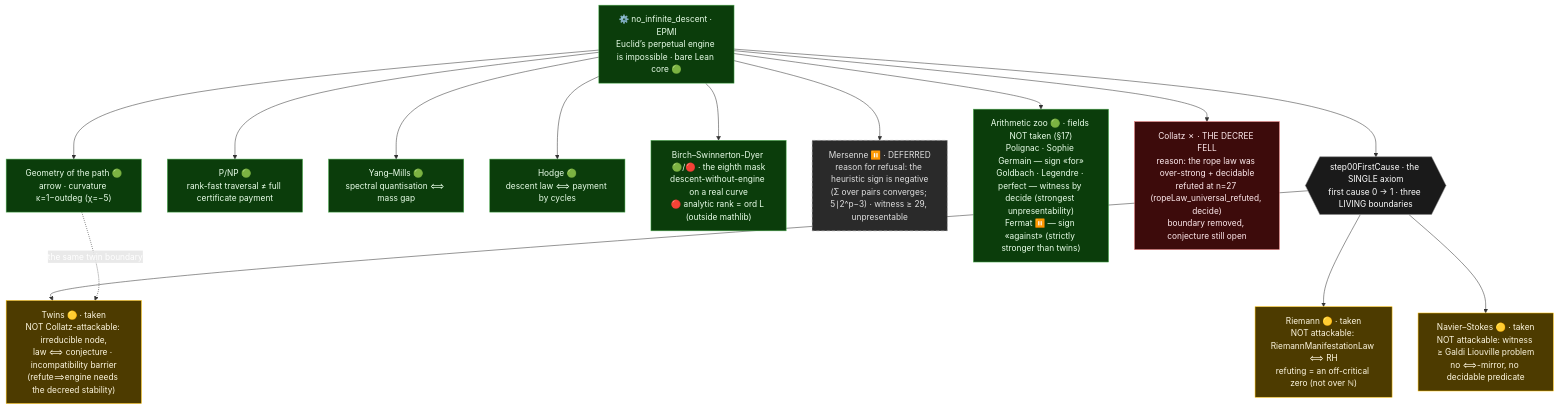
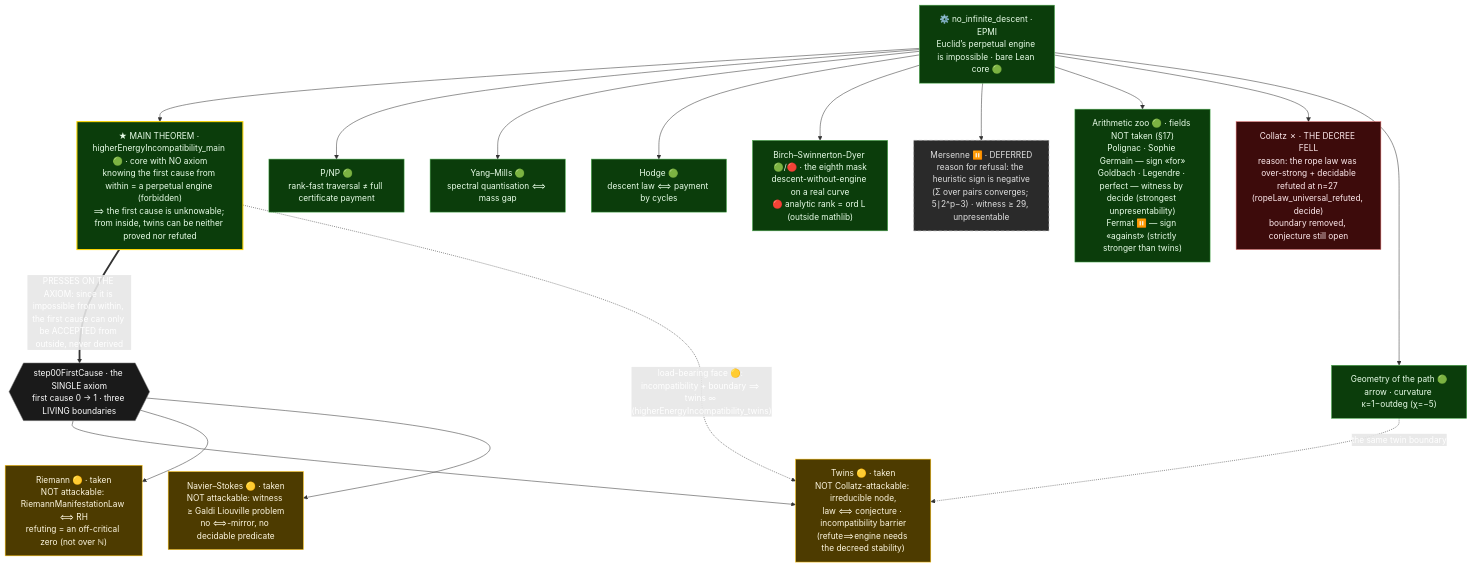
One commit to elamaunt/Euclids-path changed the diagram in README.md. Above: the diagram before and after it, drawn with Mermaid. The commit also changed 1 other file, not shown here.

Commit message:
Graph: add the main theorem (higherEnergyIncompatibility_main) as the apex and show how it presses on the axiom — unknowable from within ⟹ accept, don't derive; plus the load-bearing edge to twins

````diff
--- a/README.md
+++ b/README.md
@@ -79,34 +79,38 @@
 ```mermaid
 flowchart TD
     ROOT["⚙️ no_infinite_descent · EPMI<br/>Euclid’s perpetual engine is impossible · bare Lean core 🟢"]
 
-    ROOT --> FC{{"step00FirstCause · the SINGLE axiom<br/>first cause 0 → 1 · three LIVING boundaries"}}
+    ROOT --> MT["★ MAIN THEOREM · higherEnergyIncompatibility_main 🟢 · core with NO axiom<br/>knowing the first cause from within = a perpetual engine (forbidden)<br/>⟹ the first cause is unknowable; from inside, twins can be neither proved nor refuted"]
+    MT ==>|"PRESSES ON THE AXIOM: since it is impossible from within, the first cause can only be ACCEPTED from outside, never derived"| FC{{"step00FirstCause · the SINGLE axiom<br/>first cause 0 → 1 · three LIVING boundaries"}}
 
     FC --> TP["Twins 🟡 · taken<br/>NOT Collatz-attackable: irreducible node,<br/>law ⟺ conjecture · incompatibility barrier<br/>(refute⟹engine needs the decreed stability)"]
     FC --> RH["Riemann 🟡 · taken<br/>NOT attackable: RiemannManifestationLaw ⟺ RH<br/>refuting = an off-critical zero (not over ℕ)"]
     FC --> NS["Navier–Stokes 🟡 · taken<br/>NOT attackable: witness ≥ Galdi Liouville problem<br/>no ⟺-mirror, no decidable predicate"]
+    MT -.->|"load-bearing face 🟡: incompatibility + boundary ⟹ twins ∞ (higherEnergyIncompatibility_twins)"| TP
 
     ROOT --> PNP["P/NP 🟢<br/>rank-fast traversal ≠ full certificate payment"]
     ROOT --> YM["Yang–Mills 🟢<br/>spectral quantisation ⟺ mass gap"]
     ROOT --> HC["Hodge 🟢<br/>descent law ⟺ payment by cycles"]
     ROOT --> BSD["Birch–Swinnerton-Dyer 🟢/🔴 · the eighth mask<br/>descent-without-engine on a real curve<br/>🔴 analytic rank = ord L (outside mathlib)"]
 
     ROOT --> MP["Mersenne ⏸️ · DEFERRED<br/>reason for refusal: the heuristic sign is negative<br/>(Σ over pairs converges; 5∣2^p−3) · witness ≥ 29, unpresentable"]
     ROOT --> ZOO["Arithmetic zoo 🟢 · fields NOT taken (§17)<br/>Polignac · Sophie Germain — sign «for»<br/>Goldbach · Legendre · perfect — witness by decide (strongest unpresentability)<br/>Fermat ⏸️ — sign «against» (strictly stronger than twins)"]
 
     ROOT --> CL["Collatz ✗ · THE DECREE FELL<br/>reason: the rope law was over-strong + decidable<br/>refuted at n=27 (ropeLaw_universal_refuted, decide)<br/>boundary removed, conjecture still open"]
 
     ROOT --> GEO["Geometry of the path 🟢<br/>arrow · curvature κ=1−outdeg (χ=−5)"]
     GEO -. the same twin boundary .-> TP
 
     classDef green fill:#0b3d0b,stroke:#4caf50,color:#eaffea;
+    classDef apex fill:#0b3d0b,stroke:#ffd700,stroke-width:2px,color:#eaffea;
     classDef yellow fill:#4d3b00,stroke:#ffc107,color:#fff8e1;
     classDef deferred fill:#2a2a2a,stroke:#9e9e9e,color:#e0e0e0,stroke-dasharray: 6 4;
     classDef fallen fill:#3d0b0b,stroke:#e57373,color:#ffebee;
     classDef root fill:#1a1a1a,stroke:#888,color:#ffffff;
     class ROOT,PNP,YM,HC,BSD,ZOO,GEO green;
+    class MT apex;
     class TP,RH,NS yellow;
     class MP deferred;
     class CL fallen;
     class FC root;
 ```
````
